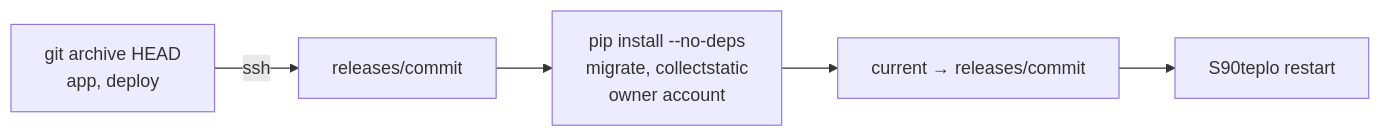
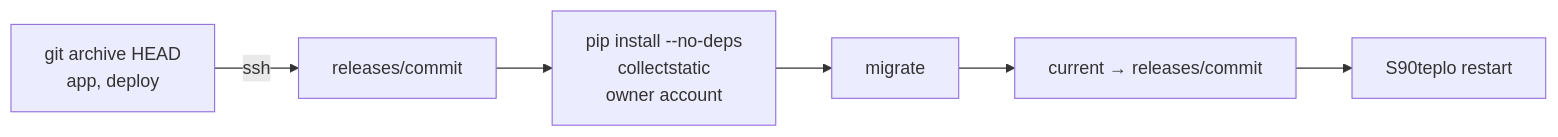
One commit to Barsoomx/teplo changed the diagram in docs/deploy.md. Above: the diagram before and after it, drawn with Mermaid. The commit also changed other lines of this file and 2 other files, not shown here.

First line of the commit message:
Collect static files and the owner account before migrating

````diff
--- a/docs/deploy.md
+++ b/docs/deploy.md
@@ -27,7 +27,8 @@
 ```mermaid
 flowchart LR
     archive["git archive HEAD<br/>app, deploy"] -->|ssh| release["releases/commit"]
-    release --> prepare["pip install --no-deps<br/>migrate, collectstatic<br/>owner account"]
-    prepare --> switch["current → releases/commit"]
+    release --> prepare["pip install --no-deps<br/>collectstatic<br/>owner account"]
+    prepare --> migrate["migrate"]
+    migrate --> switch["current → releases/commit"]
     switch --> restart["S90teplo restart"]
 ```
````
